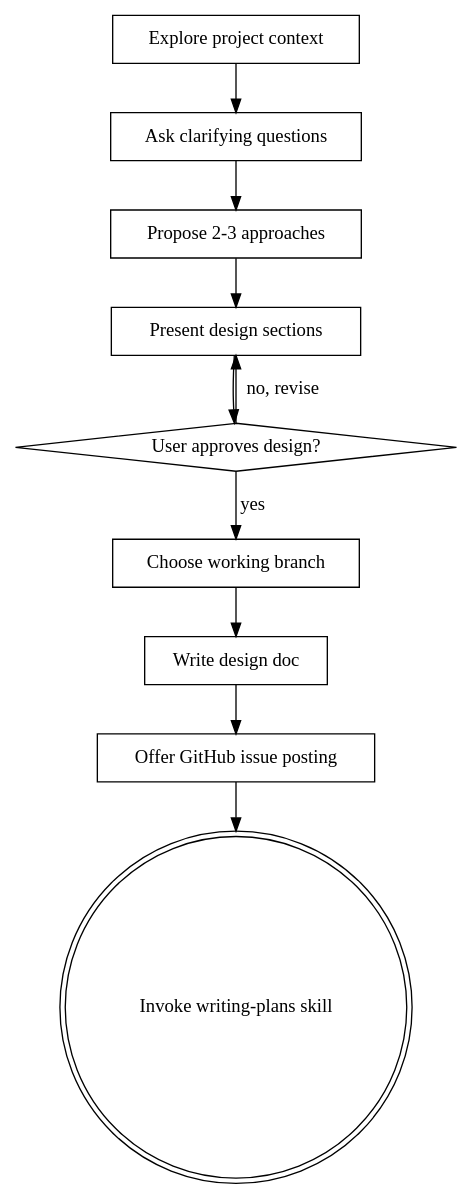
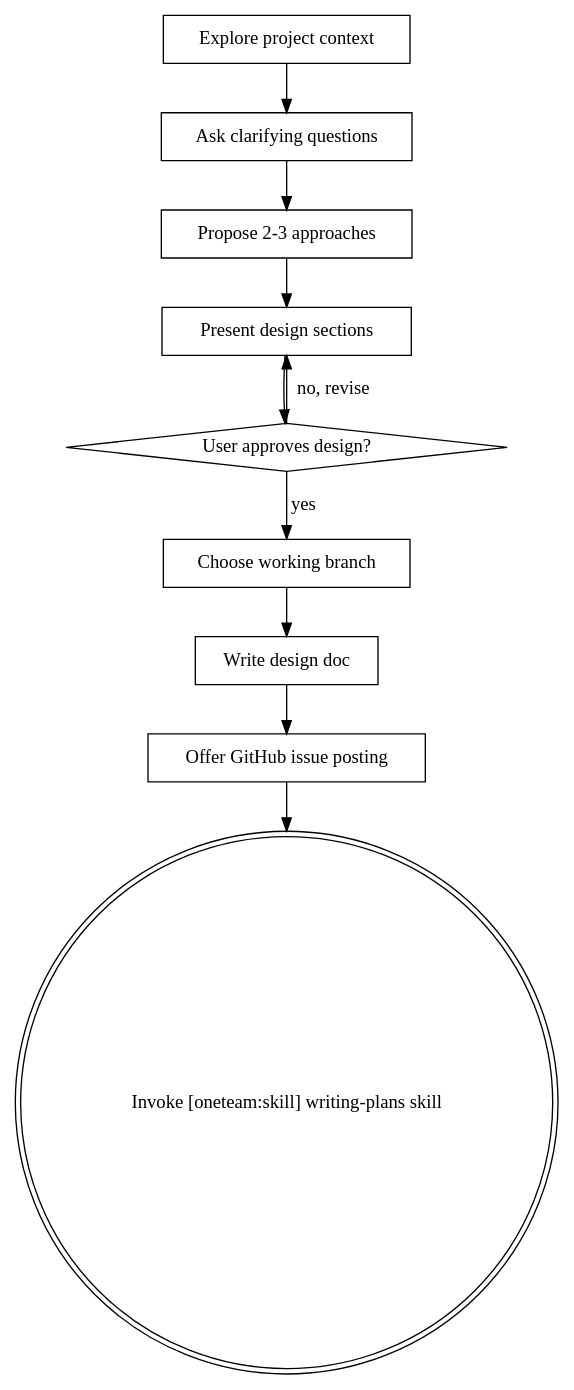
Before and after one commit to yotto3s/oneteam-agents: the diagram in skills/brainstorming/SKILL.md, drawn with Graphviz. The commit also changed other lines of this file, not shown here.

Commit message:
docs: add bracket-tag references to skills/brainstorming/SKILL.md

````diff
--- a/skills/brainstorming/SKILL.md
+++ b/skills/brainstorming/SKILL.md
@@ -37,23 +37,23 @@
 ```dot
 digraph brainstorming {
     "Explore project context" [shape=box];
     "Ask clarifying questions" [shape=box];
     "Propose 2-3 approaches" [shape=box];
     "Present design sections" [shape=box];
     "User approves design?" [shape=diamond];
     "Choose working branch" [shape=box];
     "Write design doc" [shape=box];
     "Offer GitHub issue posting" [shape=box];
-    "Invoke writing-plans skill" [shape=doublecircle];
+    "Invoke [oneteam:skill] writing-plans skill" [shape=doublecircle];
 
     "Explore project context" -> "Ask clarifying questions";
     "Ask clarifying questions" -> "Propose 2-3 approaches";
     "Propose 2-3 approaches" -> "Present design sections";
     "Present design sections" -> "User approves design?";
     "User approves design?" -> "Present design sections" [label="no, revise"];
     "User approves design?" -> "Choose working branch" [label="yes"];
     "Choose working branch" -> "Write design doc";
     "Write design doc" -> "Offer GitHub issue posting";
-    "Offer GitHub issue posting" -> "Invoke writing-plans skill";
+    "Offer GitHub issue posting" -> "Invoke [oneteam:skill] writing-plans skill";
 }
 ```
````
